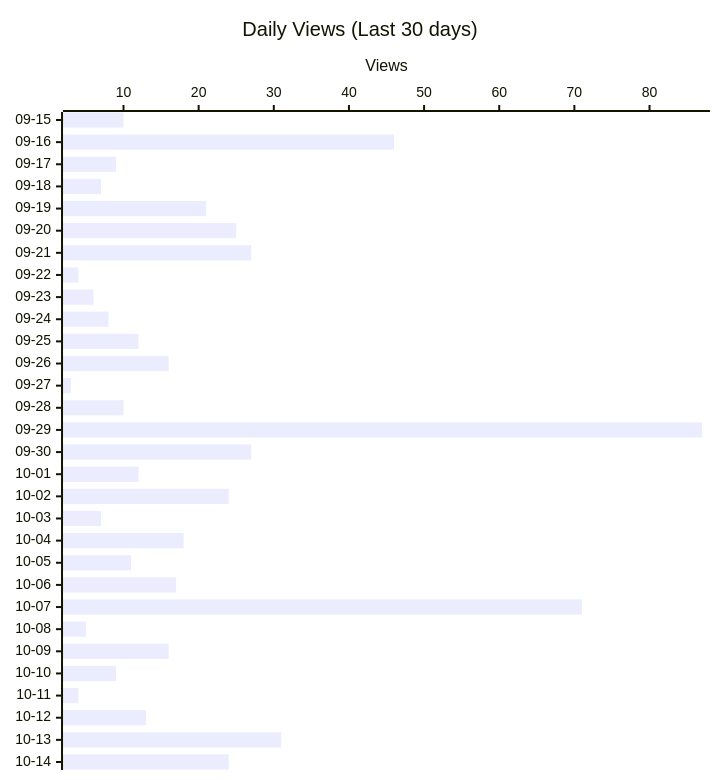
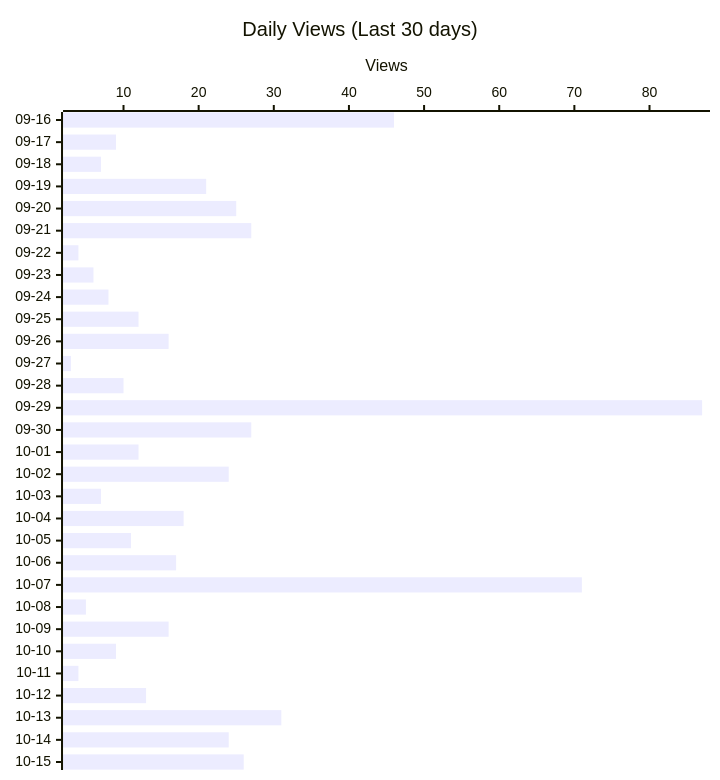
One commit to shigechika/github-insights changed the second of 4 diagrams in README.md. Above: the diagram before and after it, drawn with Mermaid. The commit also changed other lines of this file and 2 other files, not shown here.

````diff
--- a/README.md
+++ b/README.md
@@ -28,12 +28,12 @@
 ```mermaid
 ---
 config:
   xyChart:
     height: 760
 ---
 xychart-beta horizontal
     title "Daily Views (Last 30 days)"
-    x-axis ["09-15", "09-16", "09-17", "09-18", "09-19", "09-20", "09-21", "09-22", "09-23", "09-24", "09-25", "09-26", "09-27", "09-28", "09-29", "09-30", "10-01", "10-02", "10-03", "10-04", "10-05", "10-06", "10-07", "10-08", "10-09", "10-10", "10-11", "10-12", "10-13", "10-14"]
+    x-axis ["09-16", "09-17", "09-18", "09-19", "09-20", "09-21", "09-22", "09-23", "09-24", "09-25", "09-26", "09-27", "09-28", "09-29", "09-30", "10-01", "10-02", "10-03", "10-04", "10-05", "10-06", "10-07", "10-08", "10-09", "10-10", "10-11", "10-12", "10-13", "10-14", "10-15"]
     y-axis "Views"
-    bar [10, 46, 9, 7, 21, 25, 27, 4, 6, 8, 12, 16, 3, 10, 87, 27, 12, 24, 7, 18, 11, 17, 71, 5, 16, 9, 4, 13, 31, 24]
+    bar [46, 9, 7, 21, 25, 27, 4, 6, 8, 12, 16, 3, 10, 87, 27, 12, 24, 7, 18, 11, 17, 71, 5, 16, 9, 4, 13, 31, 24, 26]
 ```
````
